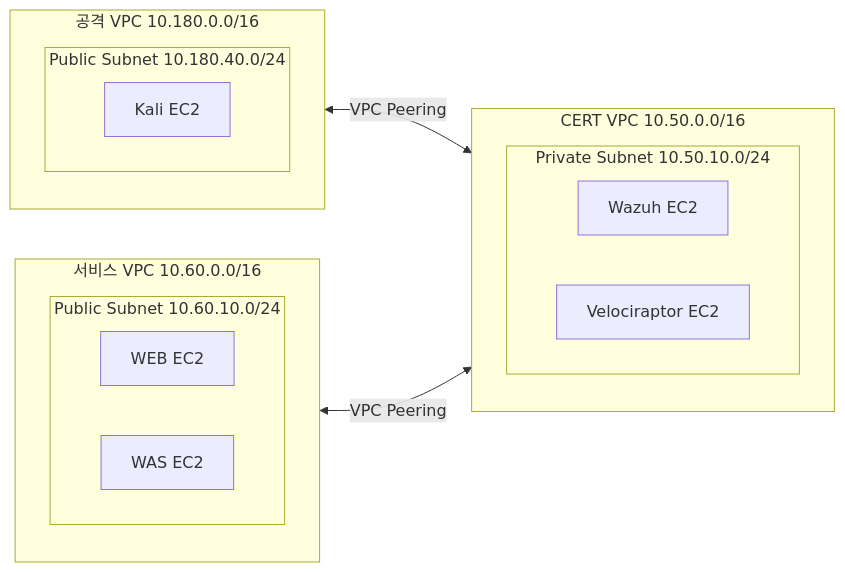
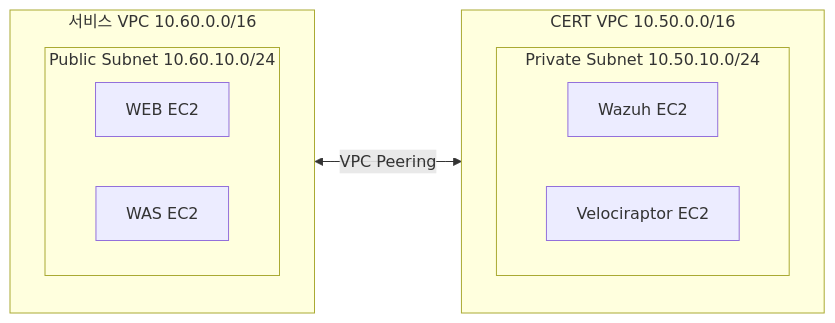
One commit to kintoun-secops/kintoun-infra changed the first of 3 diagrams in docs/modules/platform/connectivity.md. Above: the diagram before and after it, drawn with Mermaid. The commit also changed other lines of this file and 17 other files, not shown here.

````diff
--- a/docs/modules/platform/connectivity.md
+++ b/docs/modules/platform/connectivity.md
@@ -9,22 +9,16 @@
 ```mermaid
 flowchart LR
-    subgraph VPC1["공격 VPC 10.180.0.0/16"]
-        subgraph Sub1["Public Subnet 10.180.40.0/24"]
-            Kali["Kali EC2"]
-        end
-    end
     subgraph VPC2["서비스 VPC 10.60.0.0/16"]
         subgraph Sub2["Public Subnet 10.60.10.0/24"]
             WEB["WEB EC2"]
             WAS["WAS EC2"]
         end
     end
     subgraph VPC3["CERT VPC 10.50.0.0/16"]
         subgraph Sub3["Private Subnet 10.50.10.0/24"]
             Wazuh["Wazuh EC2"]
             Velo["Velociraptor EC2"]
         end
     end 
-VPC1 <-->|"VPC Peering"| VPC3
 VPC2 <-->|"VPC Peering"| VPC3
 ```
````
